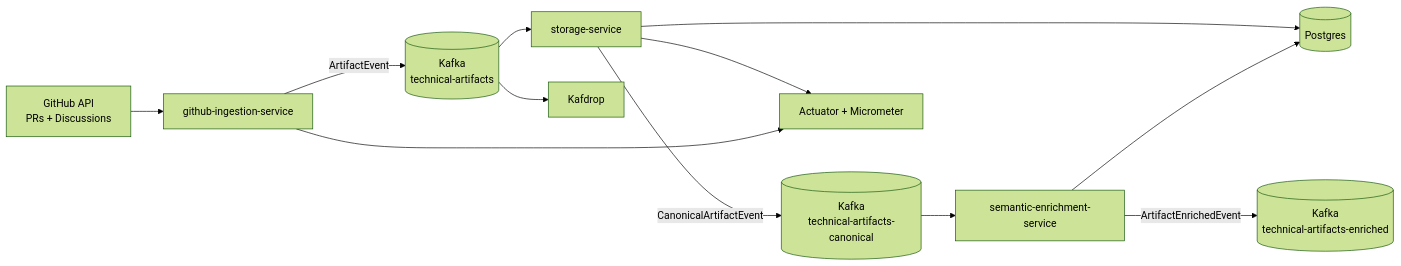
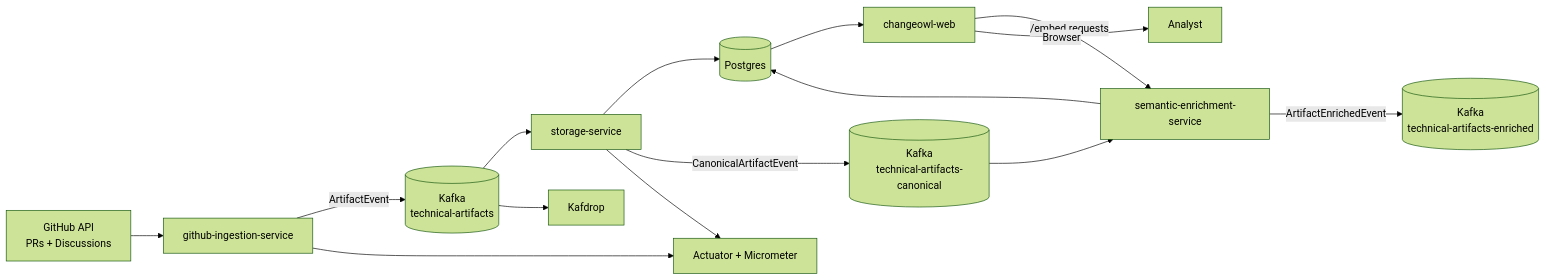
The first of 2 diagrams in README.md (sivaanand13/change-owl), drawn with Mermaid (forest theme) before and after one commit. The commit also changed other lines of this file and 53 other files, not shown here.

````diff
--- a/README.md
+++ b/README.md
@@ -42,14 +52,17 @@
 ```mermaid
 flowchart LR
 	GH[GitHub API\nPRs + Discussions] --> ING[github-ingestion-service]
 	ING -->|ArtifactEvent| K[(Kafka\ntechnical-artifacts)]
 	K --> ST[storage-service]
 	ST --> DB[(Postgres)]
 	ST -->|CanonicalArtifactEvent| KC[(Kafka\ntechnical-artifacts-canonical)]
 	ST --> METRICS[Actuator + Micrometer]
 	ING --> METRICS
 	K --> KD[Kafdrop]
 	KC --> SEM[semantic-enrichment-service]
 	SEM -->|ArtifactEnrichedEvent| KE[(Kafka\ntechnical-artifacts-enriched)]
 	SEM --> DB
+	DB --> WEB[changeowl-web]
+	WEB -->|/embed requests| SEM
+	WEB -->|Browser| USER[Analyst]
 ```
````
